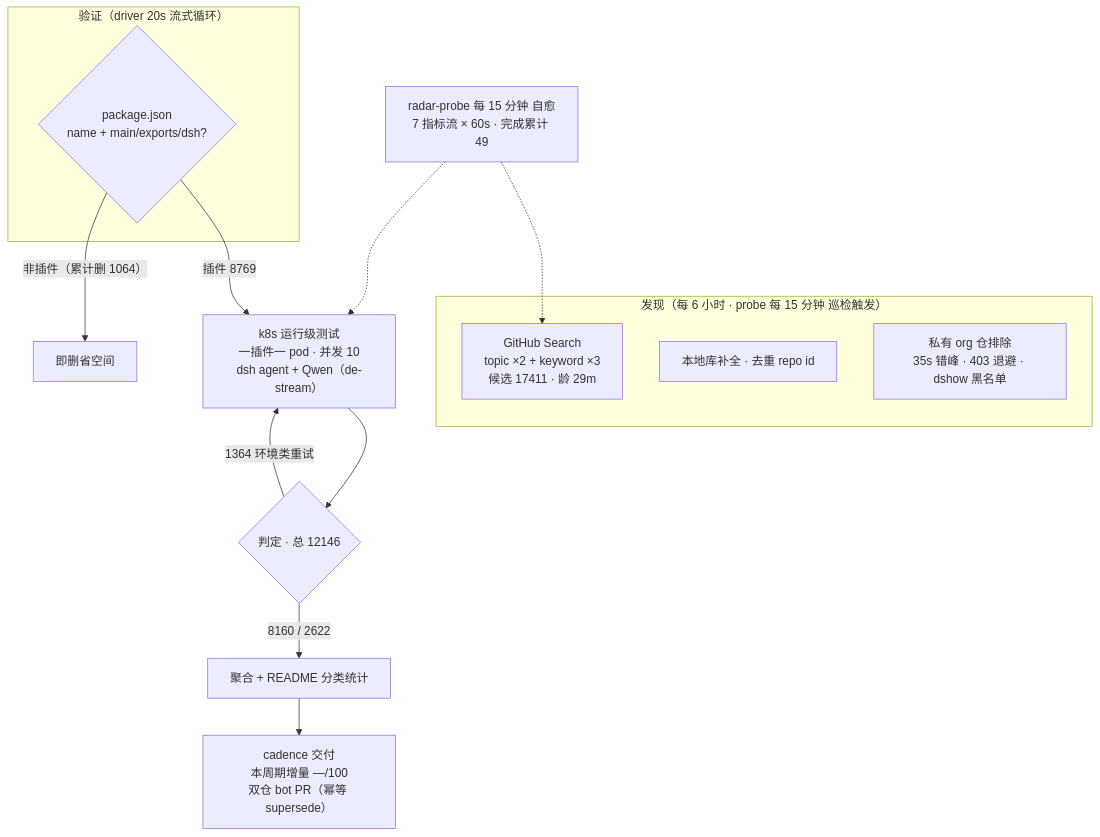
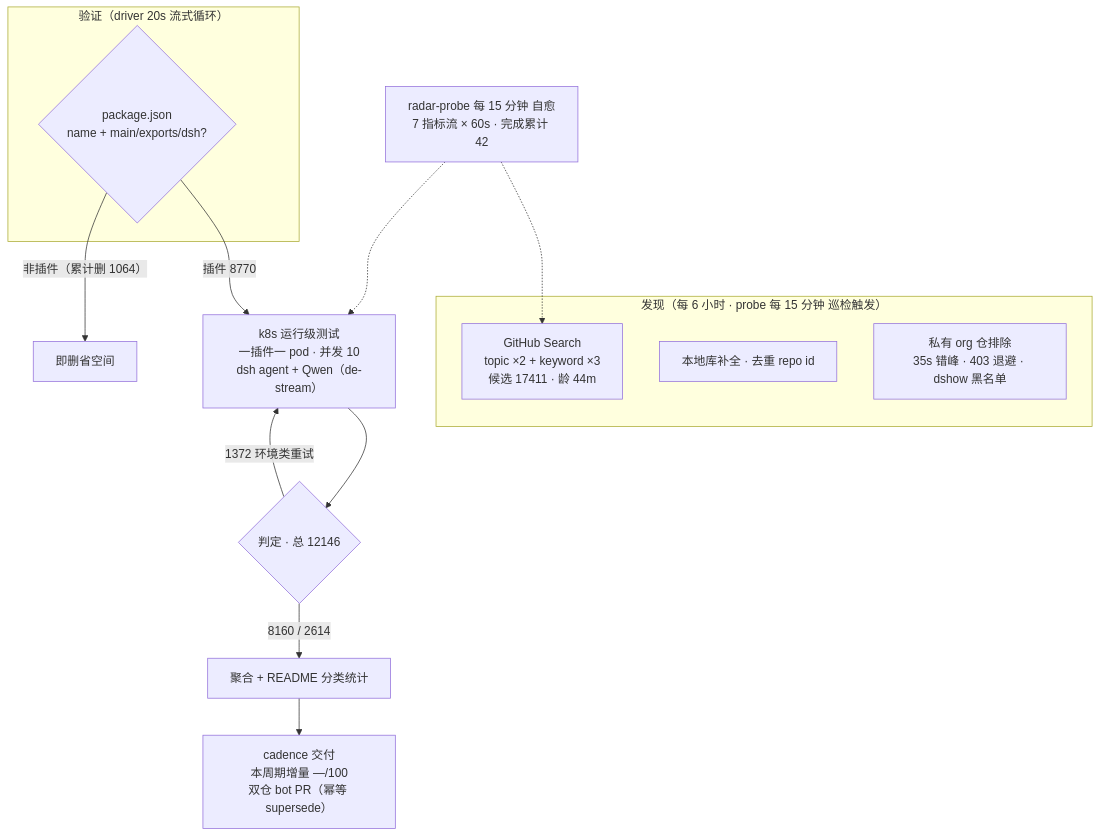
One commit to Zhidao-Lab-OSS/awesome-dsh-plugins changed the diagram in README.md. Above: the diagram before and after it, drawn with Mermaid. The commit also changed other lines of this file and 1 other file, not shown here.

````diff
--- a/README.md
+++ b/README.md
@@ -52,20 +52,20 @@
 ```mermaid
 flowchart TB
     subgraph Discovery["发现（每 6 小时 · probe 每 15 分钟 巡检触发）"]
-        A1["GitHub Search<br/>topic ×2 + keyword ×3<br/>候选 17411 · 龄 29m"]
+        A1["GitHub Search<br/>topic ×2 + keyword ×3<br/>候选 17411 · 龄 44m"]
         A2["本地库补全 · 去重 repo id"]
         A3["私有 org 仓排除<br/>35s 错峰 · 403 退避 · dshow 黑名单"]
     end
     subgraph Validation["验证（driver 20s 流式循环）"]
         B1{"package.json<br/>name + main/exports/dsh?"}
     end
-    B1 -->|"插件 8769"| C1["k8s 运行级测试<br/>一插件一 pod · 并发 10<br/>dsh agent + Qwen（de-stream）"]
+    B1 -->|"插件 8770"| C1["k8s 运行级测试<br/>一插件一 pod · 并发 10<br/>dsh agent + Qwen（de-stream）"]
     B1 -->|"非插件（累计删 1064）"| B3["即删省空间"]
     C1 --> D1{"判定 · 总 12146"}
-    D1 -->|"8160 / 2622"| E1["聚合 + README 分类统计"]
-    D1 -->|"1364 环境类重试"| C1
+    D1 -->|"8160 / 2614"| E1["聚合 + README 分类统计"]
+    D1 -->|"1372 环境类重试"| C1
     E1 --> E2["cadence 交付<br/>本周期增量 —/100<br/>双仓 bot PR（幂等 supersede）"]
-    M["radar-probe 每 15 分钟 自愈<br/>7 指标流 × 60s · 完成累计 49"]
+    M["radar-probe 每 15 分钟 自愈<br/>7 指标流 × 60s · 完成累计 42"]
     M -.-> A1
     M -.-> C1
 ```
````
